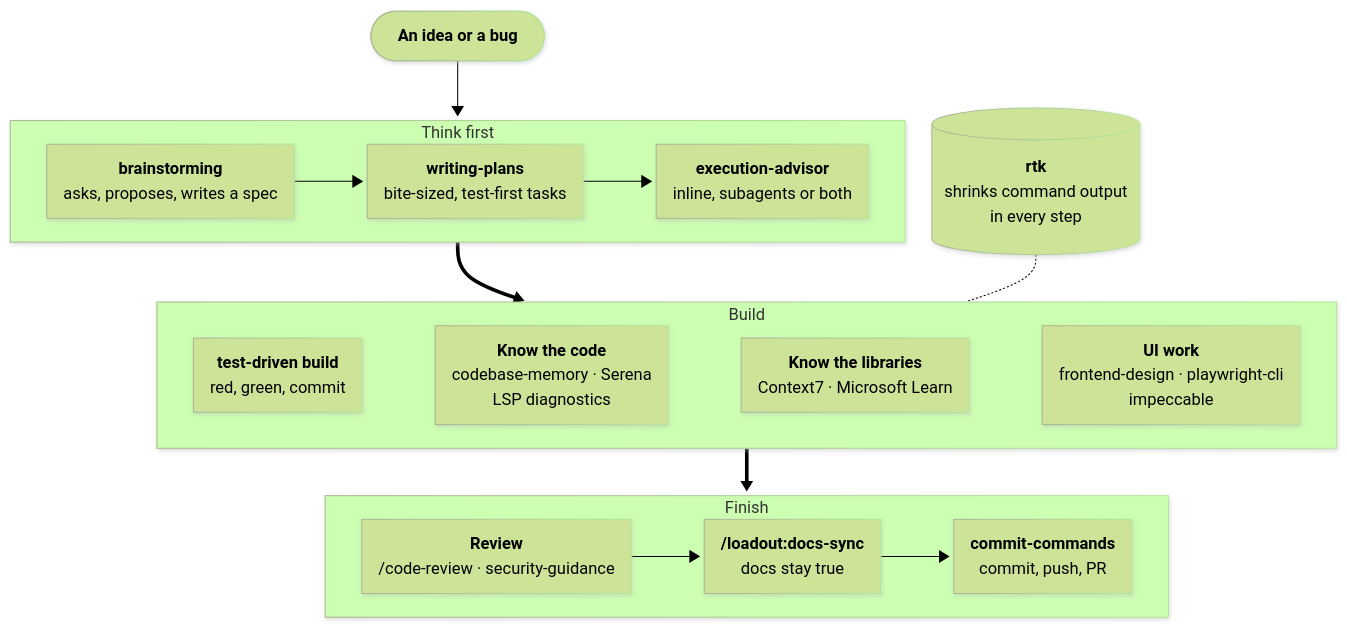
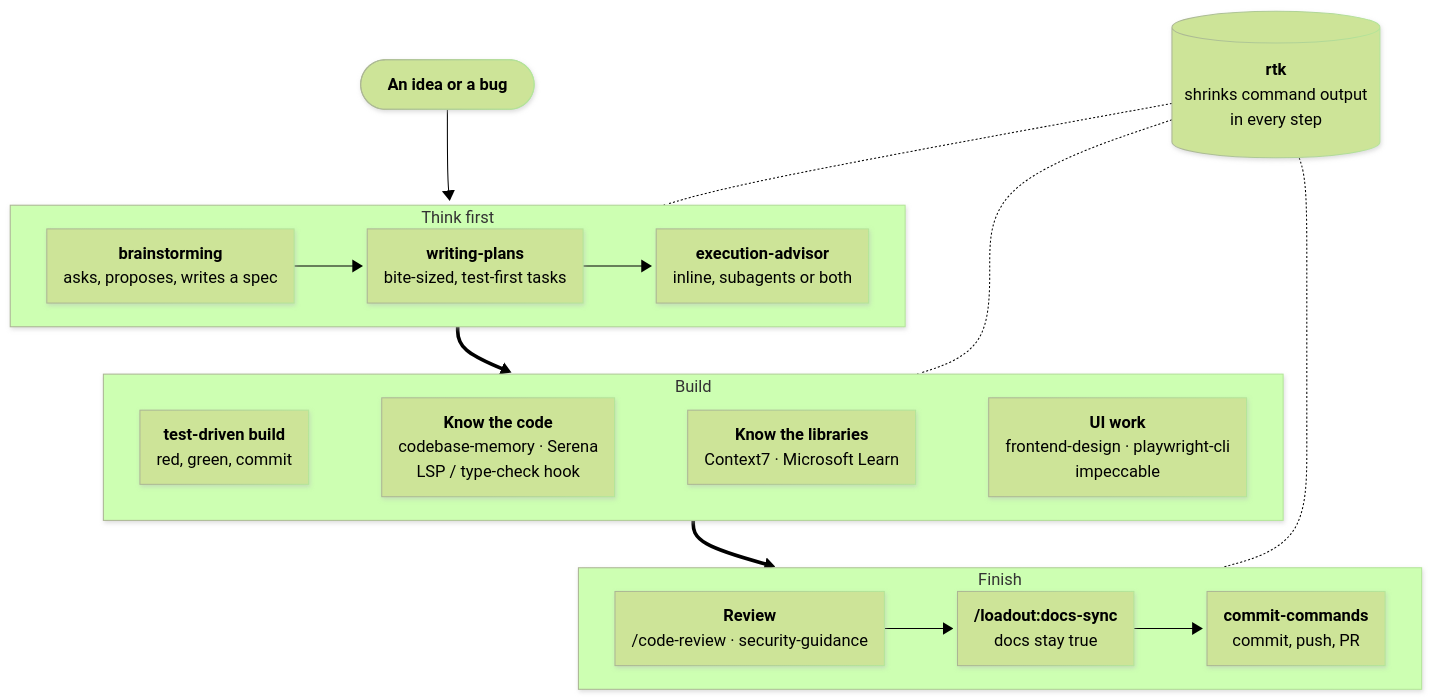
The diagram in docs/diagrams/toolset-workflow.mmd (jonasyr/agent-loadout), drawn with Mermaid (forest theme) before and after one commit. The commit also changed 39 other files, not shown here.

```diff
--- a/docs/diagrams/toolset-workflow.mmd
+++ b/docs/diagrams/toolset-workflow.mmd
@@ -1,66 +1,68 @@
 ---
 config:
   look: neo
   flowchart:
     curve: basis
     nodeSpacing: 26
     rankSpacing: 46
     wrappingWidth: 300
 ---
 flowchart TB
   idea(["`**An idea or a bug**`"])
 
   subgraph THINK["Think first"]
     direction LR
     brain["`**brainstorming**
     asks, proposes, writes a spec`"]
     plan["`**writing-plans**
     bite-sized, test-first tasks`"]
     adv["`**execution-advisor**
     inline, subagents or both`"]
     brain --> plan --> adv
   end
 
   subgraph BUILD["Build"]
     direction LR
     tdd["`**test-driven build**
     red, green, commit`"]
     know["`**Know the code**
     codebase-memory · Serena
-    LSP diagnostics`"]
+    LSP / type-check hook`"]
     docs["`**Know the libraries**
     Context7 · Microsoft Learn`"]
     ui["`**UI work**
     frontend-design · playwright-cli
     impeccable`"]
     tdd ~~~ know ~~~ docs ~~~ ui
   end
 
   subgraph FINISH["Finish"]
     direction LR
     rev["`**Review**
     /code-review · security-guidance`"]
     sync["`**/loadout:docs-sync**
     docs stay true`"]
     ship["`**commit-commands**
     commit, push, PR`"]
     rev --> sync --> ship
   end
 
   rtk[("`**rtk**
   shrinks command output
   in every step`")]
 
   idea --> THINK
   THINK ==> BUILD
   BUILD ==> FINISH
+  rtk -.- THINK
   rtk -.- BUILD
+  rtk -.- FINISH
 
   class adv,sync kit
   class brain,plan,tdd,rev,ship claude
   class know,docs,ui engine
   class idea,rtk state
   class THINK claudeGroup
   class BUILD engineGroup
   class FINISH kitGroup
 %% palette
```
